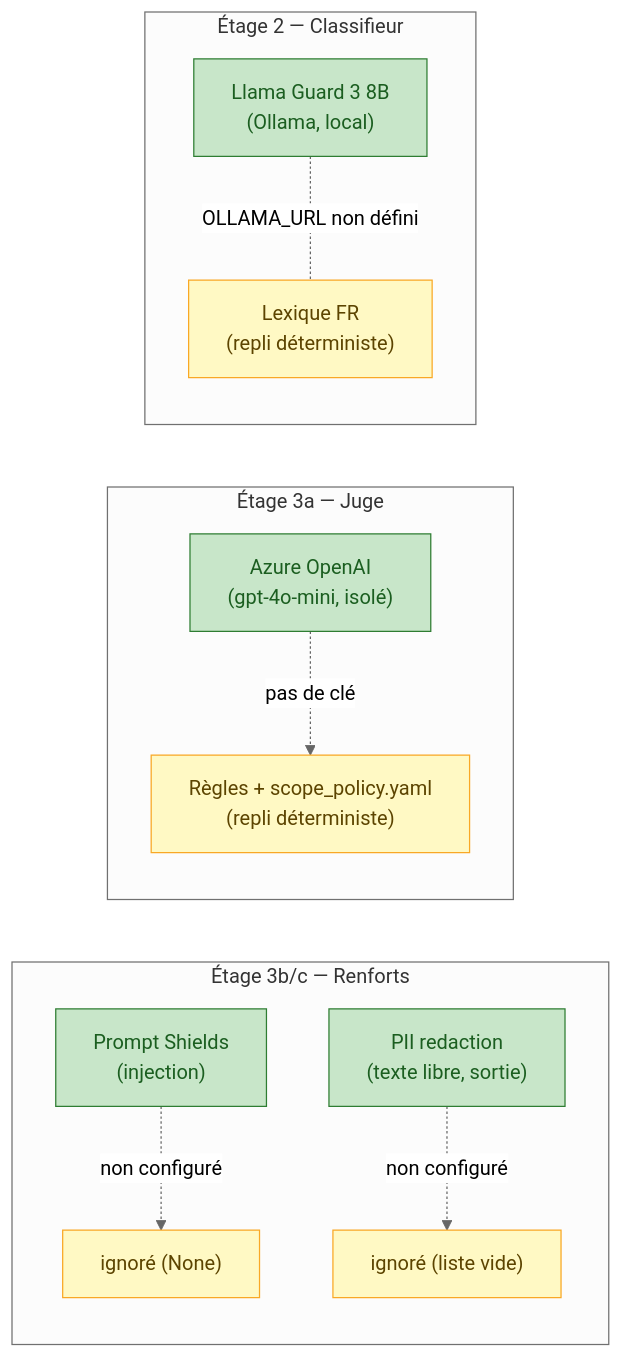
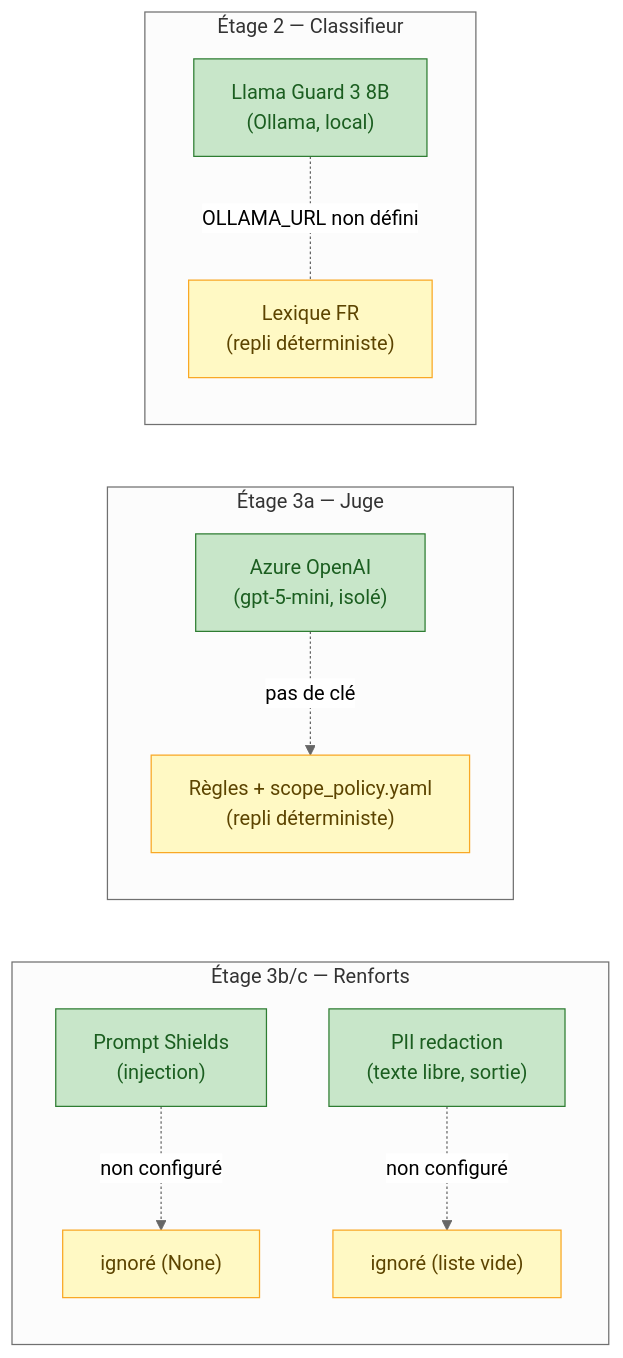
Before and after one commit to sofiane-git/velmo-v2: the third of 7 diagrams in docs/job/presentation_chantier2_guardrails.md, drawn with Mermaid (neutral theme). The commit also changed other lines of this file and 1 other file, not shown here.

````diff
--- a/docs/job/presentation_chantier2_guardrails.md
+++ b/docs/job/presentation_chantier2_guardrails.md
@@ -81,19 +90,19 @@
 ```mermaid
 flowchart LR
     subgraph E3b["Étage 3b/c — Renforts"]
         PS["Prompt Shields<br/>(injection)"] -.->|"non configuré"| NONE1["ignoré (None)"]
         PII["PII redaction<br/>(texte libre, sortie)"] -.->|"non configuré"| NONE2["ignoré (liste vide)"]
     end
     subgraph E3a["Étage 3a — Juge"]
-        AJ["Azure OpenAI<br/>(gpt-4o-mini, isolé)"] -.->|"pas de clé"| RB["Règles + scope_policy.yaml<br/>(repli déterministe)"]
+        AJ["Azure OpenAI<br/>(gpt-5-mini, isolé)"] -.->|"pas de clé"| RB["Règles + scope_policy.yaml<br/>(repli déterministe)"]
     end
     subgraph E2["Étage 2 — Classifieur"]
         D["Llama Guard 3 8B<br/>(Ollama, local)"] -.-|"OLLAMA_URL non défini"| L["Lexique FR<br/>(repli déterministe)"]
     end
 
 
     classDef real fill:#c8e6c9,stroke:#2e7d32,color:#1b5e20;
     classDef fallback fill:#fff9c4,stroke:#f9a825,color:#5c4400;
     class D,AJ,PS,PII real;
     class L,RB,NONE1,NONE2 fallback;
 ```
````
